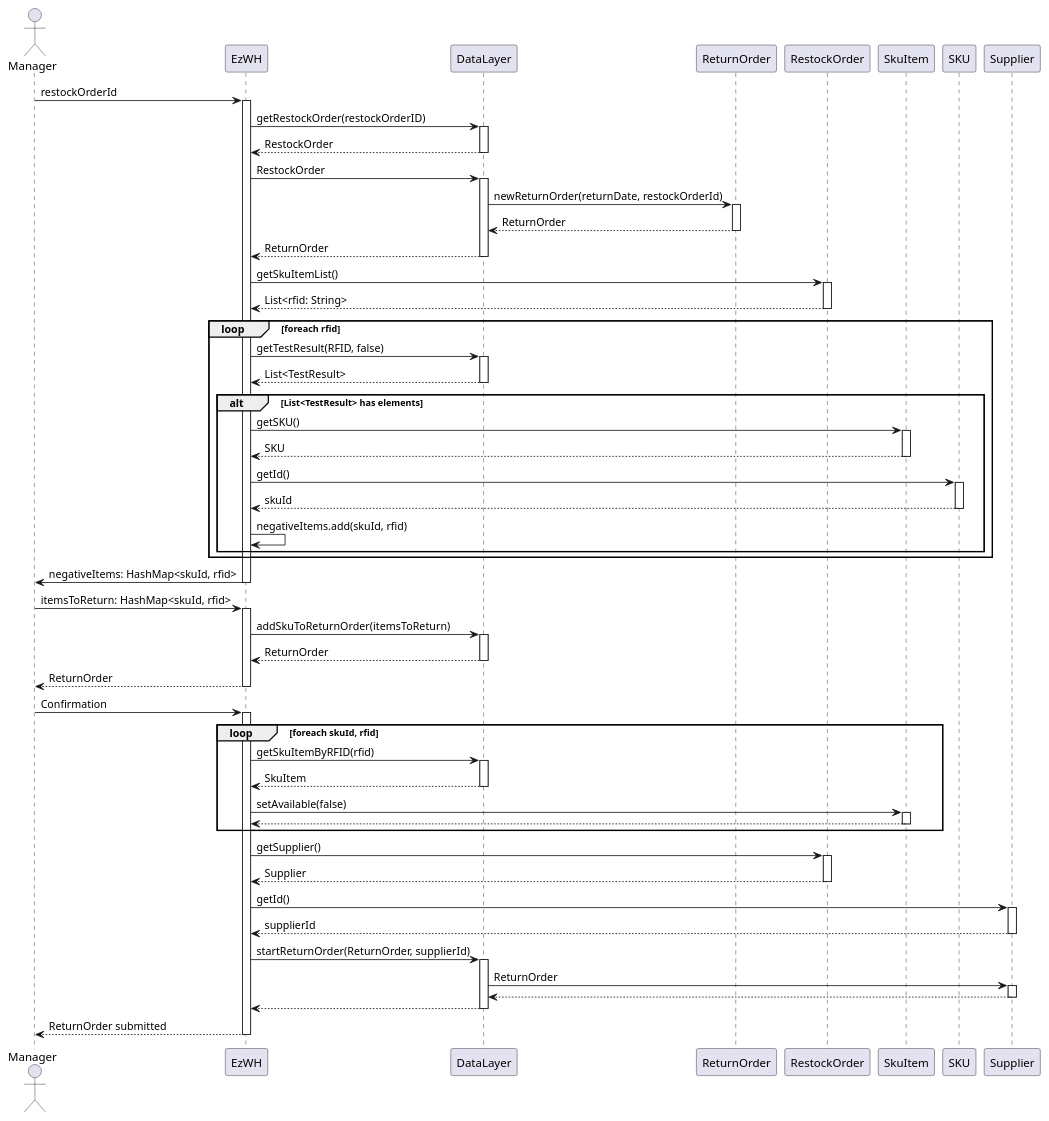
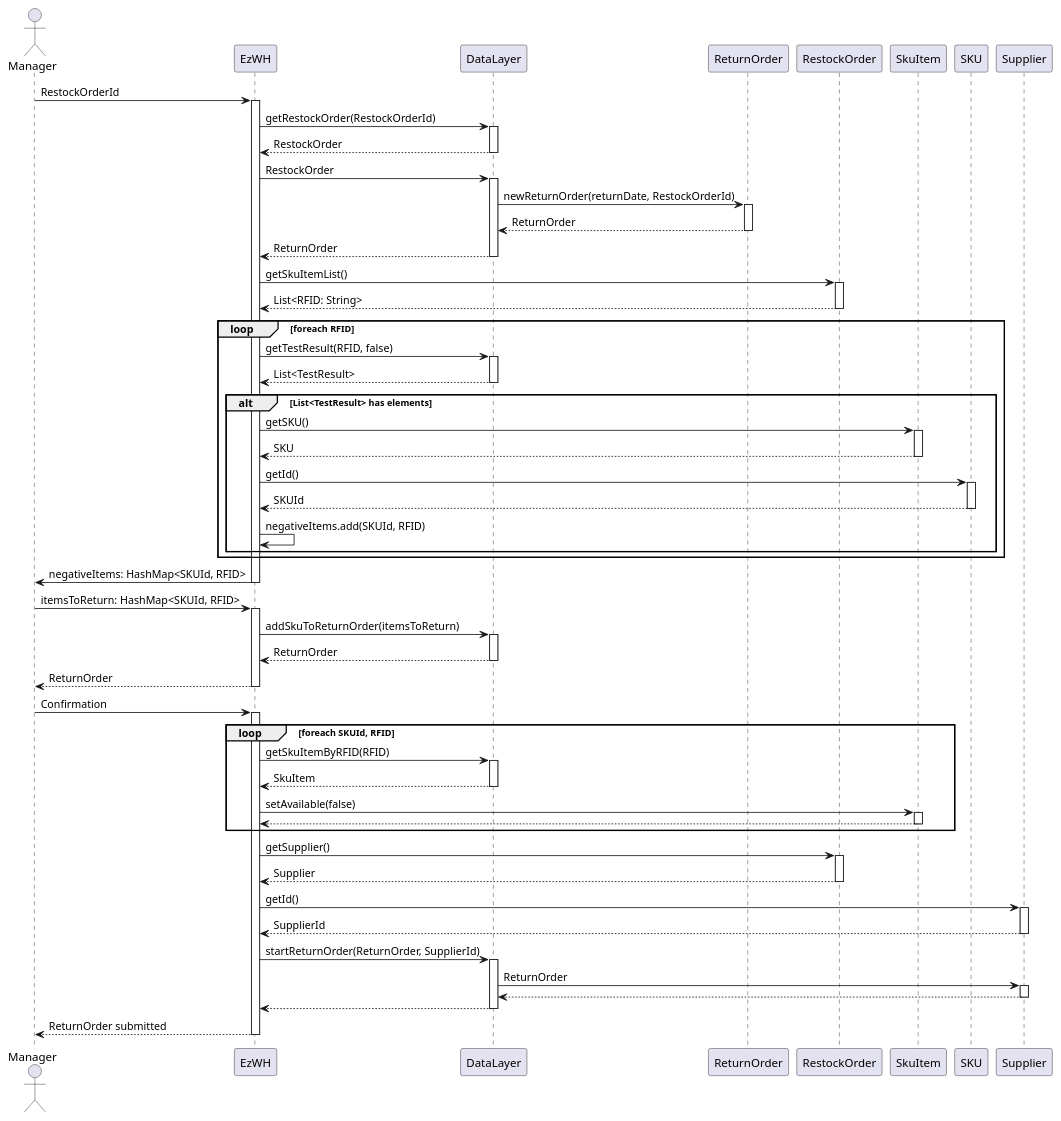
One commit to LucaFilippetti99/EzWh---Software-engineering-project changed the seventh of 8 diagrams in DesignDocument.md. Above: the diagram before and after it, drawn with PlantUML. The commit also changed other lines of this file, not shown here.

````diff
--- a/DesignDocument.md
+++ b/DesignDocument.md
@@ -671,17 +671,17 @@
 ```plantuml
 
 actor Manager
-Manager -> EzWH : restockOrderId
+Manager -> EzWH : RestockOrderId
 activate EzWH
 
-EzWH -> DataLayer : getRestockOrder(restockOrderID)
+EzWH -> DataLayer : getRestockOrder(RestockOrderId)
 activate DataLayer
 return RestockOrder
 
 EzWH -> DataLayer : RestockOrder
 activate DataLayer
 
-DataLayer -> ReturnOrder : newReturnOrder(returnDate, restockOrderId)
+DataLayer -> ReturnOrder : newReturnOrder(returnDate, RestockOrderId)
 activate ReturnOrder
 return ReturnOrder
 return ReturnOrder
@@ -689,9 +689,9 @@
 deactivate ReturnOrder
 EzWH -> RestockOrder : getSkuItemList()
 activate RestockOrder
-return List<rfid: String>
+return List<RFID: String>
 
-loop foreach rfid
+loop foreach RFID
 
 EzWH -> DataLayer : getTestResult(RFID, false)
 activate DataLayer
@@ -705,18 +705,18 @@
 
 EzWH -> SKU : getId()
 activate SKU
-return skuId
+return SKUId
 
-EzWH -> EzWH : negativeItems.add(skuId, rfid)
+EzWH -> EzWH : negativeItems.add(SKUId, RFID)
 
 end
 
 end
 
-EzWH -> Manager : negativeItems: HashMap<skuId, rfid>
+EzWH -> Manager : negativeItems: HashMap<SKUId, RFID>
 deactivate EzWH
 
-Manager -> EzWH : itemsToReturn: HashMap<skuId, rfid>
+Manager -> EzWH : itemsToReturn: HashMap<SKUId, RFID>
 activate EzWH 
 
 EzWH -> DataLayer : addSkuToReturnOrder(itemsToReturn)
@@ -728,9 +728,9 @@
 Manager -> EzWH : Confirmation
 activate EzWH
 
-loop foreach skuId, rfid
+loop foreach SKUId, RFID
 
-EzWH -> DataLayer: getSkuItemByRFID(rfid)
+EzWH -> DataLayer: getSkuItemByRFID(RFID)
 activate DataLayer
 return SkuItem
 
@@ -746,9 +746,9 @@
 
 EzWH -> Supplier: getId()
 activate Supplier
-return supplierId
+return SupplierId
 
-EzWH -> DataLayer: startReturnOrder(ReturnOrder, supplierId)
+EzWH -> DataLayer: startReturnOrder(ReturnOrder, SupplierId)
 activate DataLayer
 
 DataLayer -> Supplier: ReturnOrder
````
